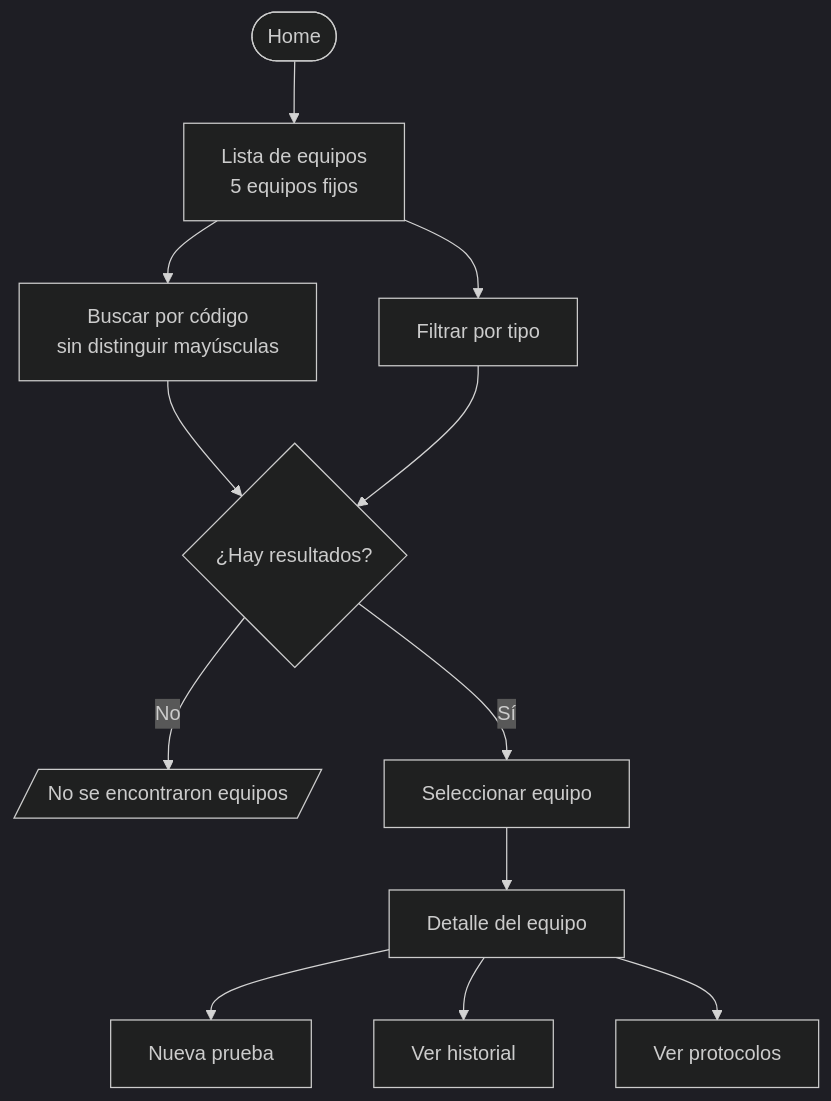
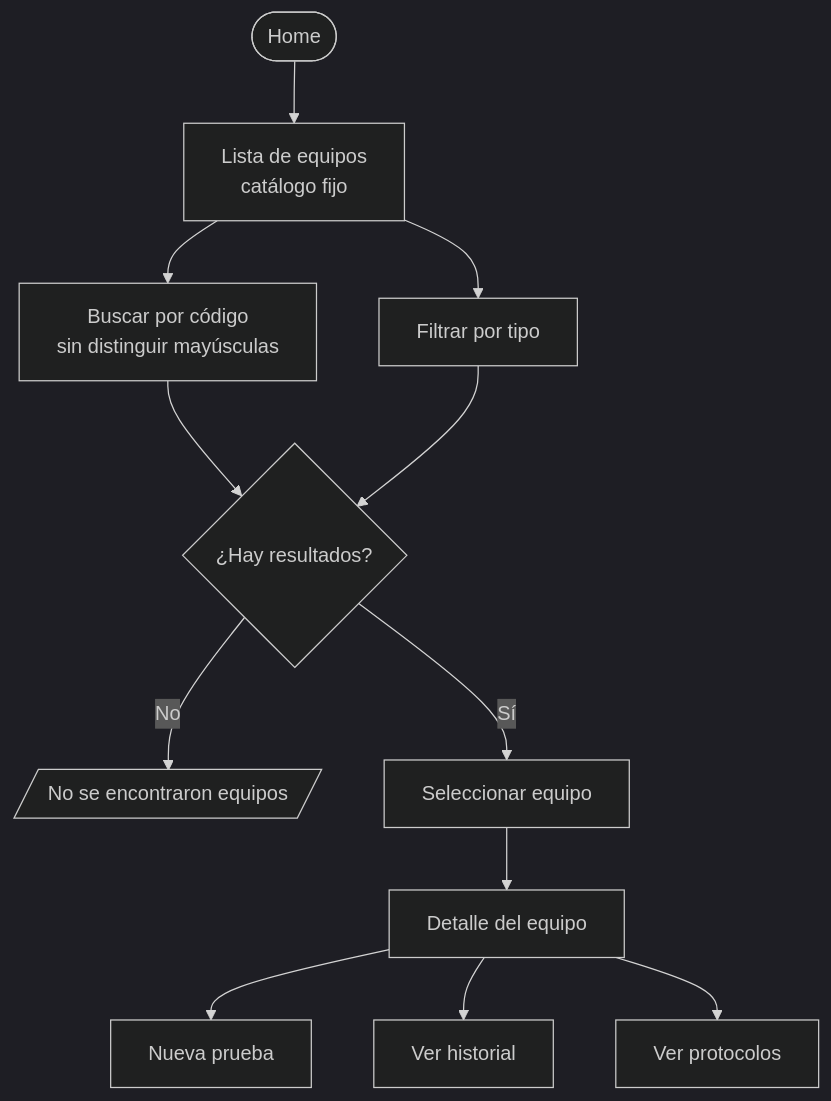
Before and after one commit to Simon2853/Electra: the third of 8 diagrams in PROCESO.md, drawn with Mermaid (dark theme). The commit also changed other lines of this file and 2 other files, not shown here.

````diff
--- a/PROCESO.md
+++ b/PROCESO.md
@@ -59,13 +63,13 @@
 ```mermaid
 flowchart TD
-    H([Home]) --> EQ[Lista de equipos<br/>5 equipos fijos]
+    H([Home]) --> EQ[Lista de equipos<br/>catálogo fijo]
     EQ --> F1[Buscar por código<br/>sin distinguir mayúsculas]
     EQ --> F2[Filtrar por tipo]
     F1 & F2 --> C{¿Hay resultados?}
     C -- No --> NR[/"No se encontraron equipos"/]
     C -- Sí --> SEL[Seleccionar equipo]
     SEL --> DE[Detalle del equipo]
     DE --> P1[Nueva prueba]
     DE --> P2[Ver historial]
     DE --> P3[Ver protocolos]
 ```
````
